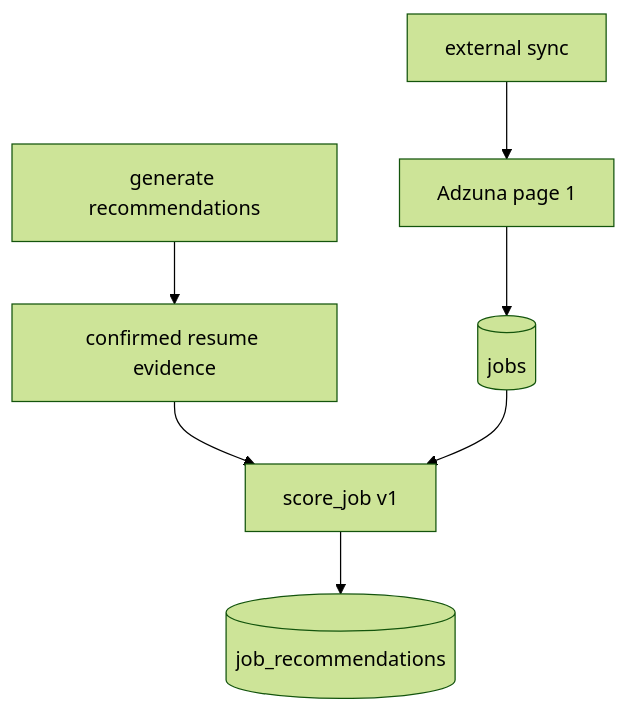
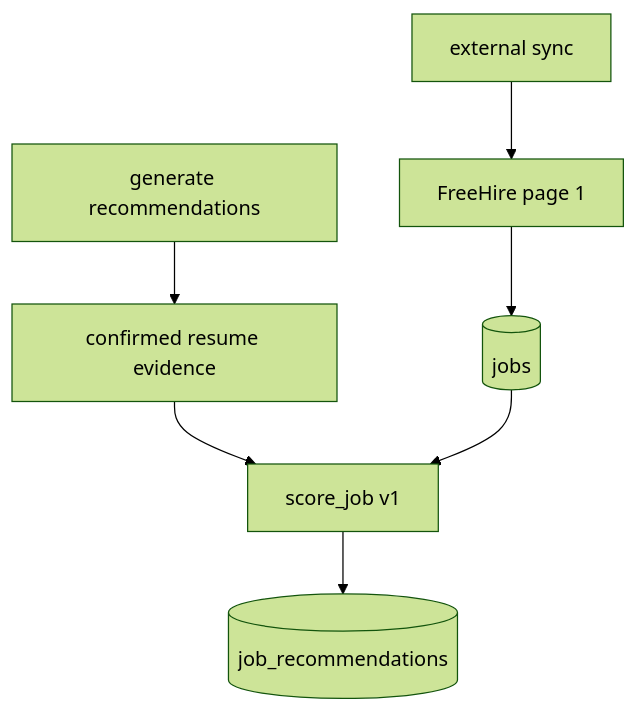
The sixth of 8 diagrams in docs/DOCUMENTATION.md (RonakkudalAI/AI-Career-Copilot), drawn with Mermaid (forest theme) before and after one commit. The commit also changed other lines of this file and 133 other files, not shown here.

````diff
--- a/docs/DOCUMENTATION.md
+++ b/docs/DOCUMENTATION.md
@@ -938,9 +931,9 @@
 ```mermaid
 flowchart TB
   GEN[generate recommendations] --> RES[confirmed resume evidence]
   RES --> SC[score_job v1]
   SC --> STORE[(job_recommendations)]
-  SYNC[external sync] --> ADZ[Adzuna page 1]
-  ADZ --> JOBS[(jobs)]
+    SYNC[external sync] --> FH[FreeHire page 1]
+  FH --> JOBS[(jobs)]
   JOBS --> SC
 ```
````
